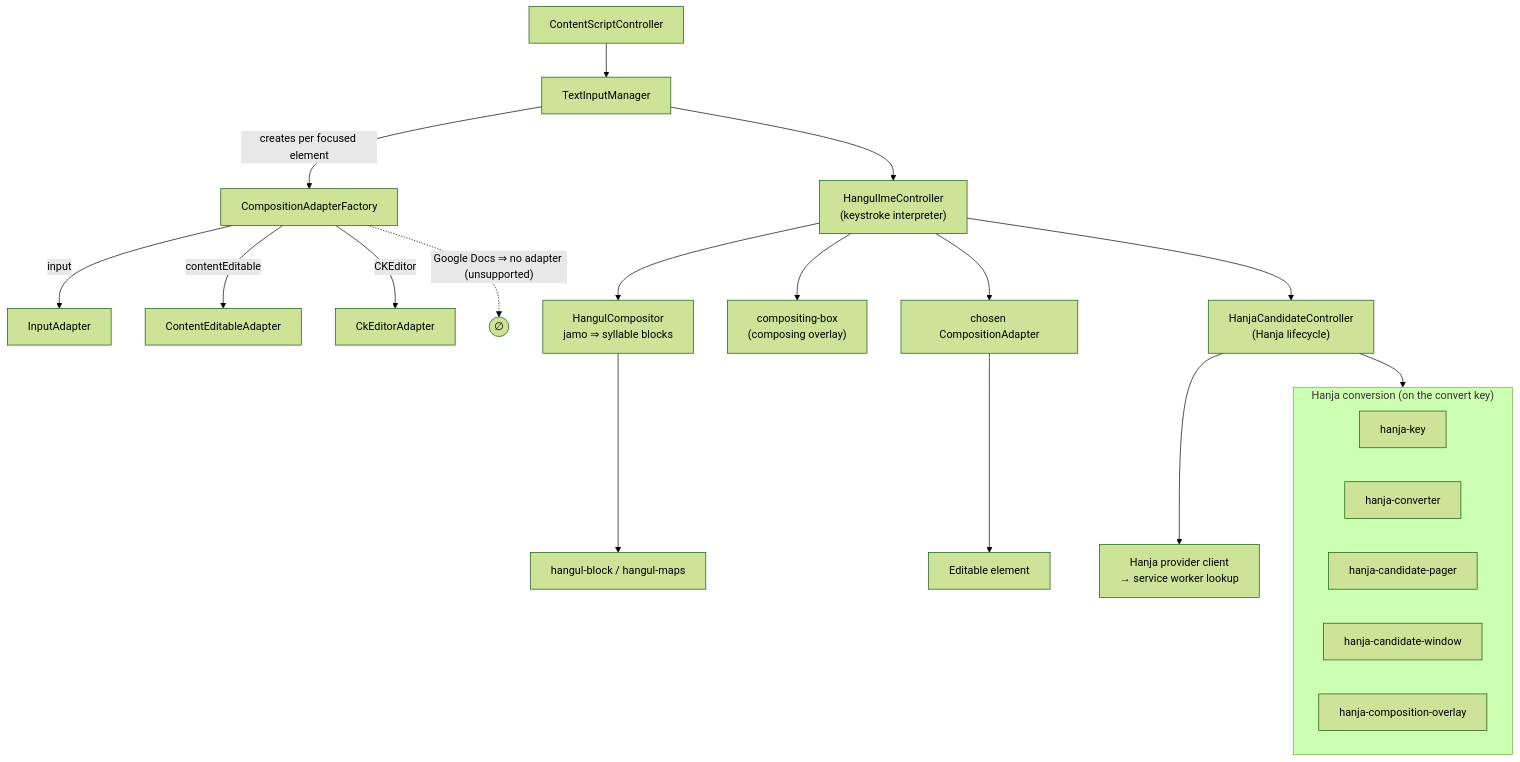
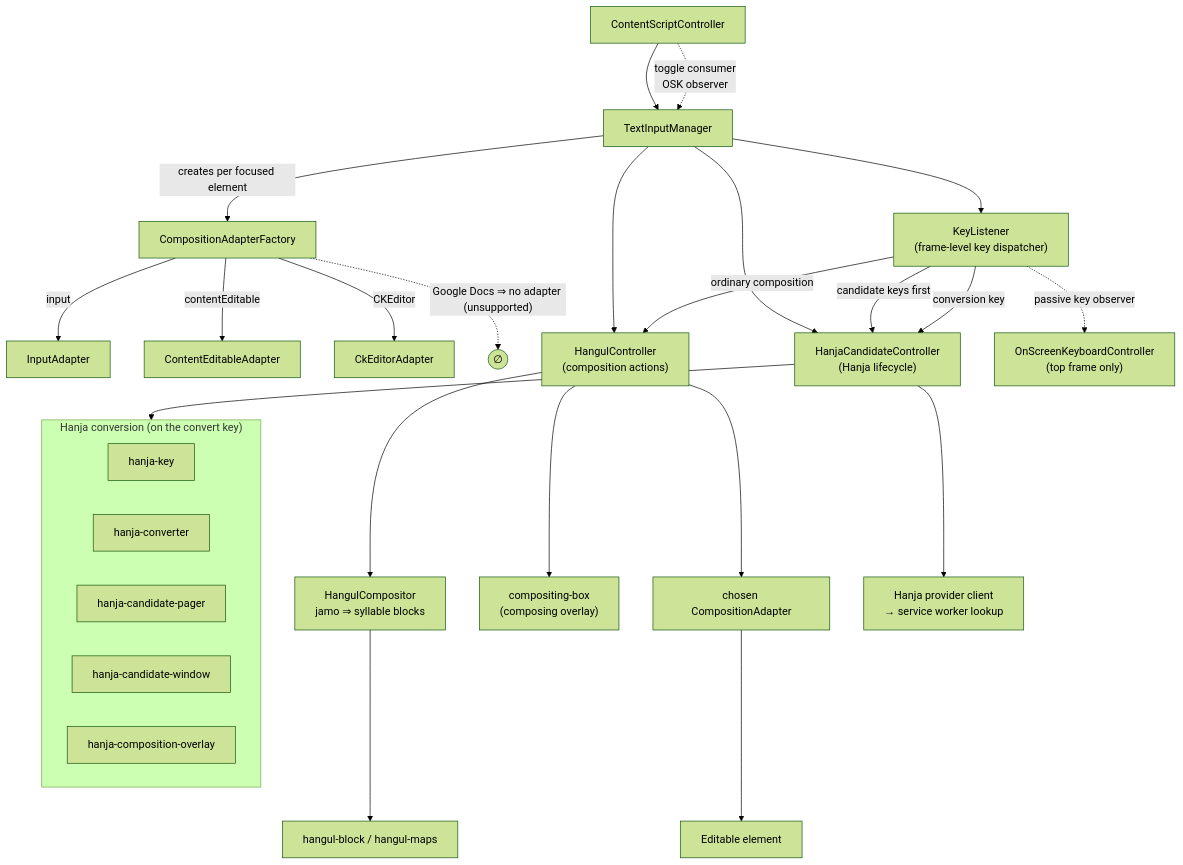
Before and after one commit to vmcnabb/korean-ime: the third of 3 diagrams in ARCHITECTURE.md, drawn with Mermaid (forest theme). The commit also changed other lines of this file and 10 other files, not shown here.

````diff
--- a/ARCHITECTURE.md
+++ b/ARCHITECTURE.md
@@ -154,27 +165,34 @@
 ```mermaid
 flowchart TB
     csc["ContentScriptController"] --> tim["TextInputManager"]
+    csc -. "toggle consumer<br/>OSK observer" .-> tim
     tim -->|"creates per focused element"| factory["CompositionAdapterFactory"]
     factory -->|input| inAd["InputAdapter"]
     factory -->|contentEditable| ceAd["ContentEditableAdapter"]
     factory -->|CKEditor| ckAd["CkEditorAdapter"]
     factory -. "Google Docs ⇒ no adapter (unsupported)" .-> none(("∅"))
 
-    tim --> ime["HangulImeController<br/>(keystroke interpreter)"]
-    ime --> compositor["HangulCompositor<br/>jamo ⇒ syllable blocks"]
+    tim --> keys["KeyListener<br/>(frame-level key dispatcher)"]
+    tim --> hangul["HangulController<br/>(composition actions)"]
+    tim --> hanja["HanjaCandidateController<br/>(Hanja lifecycle)"]
+    keys -->|"candidate keys first"| hanja
+    keys -->|"conversion key"| hanja
+    keys -->|"ordinary composition"| hangul
+    keys -. "passive key observer" .-> osk["OnScreenKeyboardController<br/>(top frame only)"]
+
+    hangul --> compositor["HangulCompositor<br/>jamo ⇒ syllable blocks"]
     compositor --> blocks["hangul-block / hangul-maps"]
-    ime --> box["compositing-box<br/>(composing overlay)"]
-    ime --> adapter["chosen CompositionAdapter"]
+    hangul --> box["compositing-box<br/>(composing overlay)"]
+    hangul --> adapter["chosen CompositionAdapter"]
     adapter --> el["Editable element"]
 
-    ime --> hanja["HanjaCandidateController<br/>(Hanja lifecycle)"]
     subgraph hanjaUI["Hanja conversion (on the convert key)"]
         hkey["hanja-key"]
         conv["hanja-converter"]
         pager["hanja-candidate-pager"]
         win["hanja-candidate-window"]
         ov["hanja-composition-overlay"]
     end
     hanja --> hanjaUI
     hanja --> client["Hanja provider client<br/>→ service worker lookup"]
 ```
````
